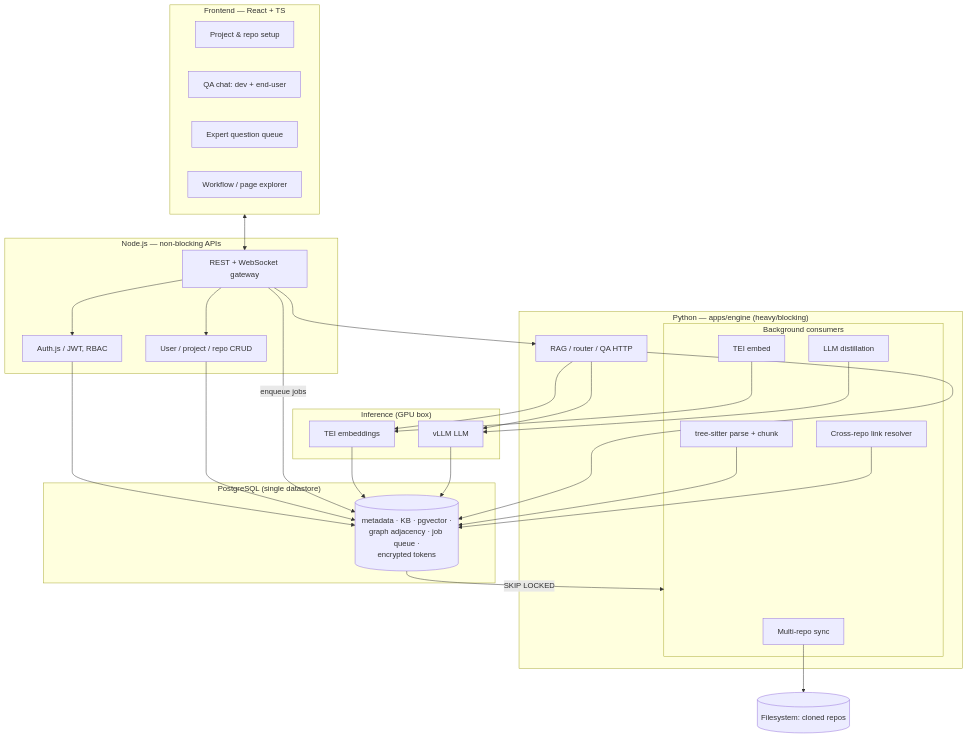
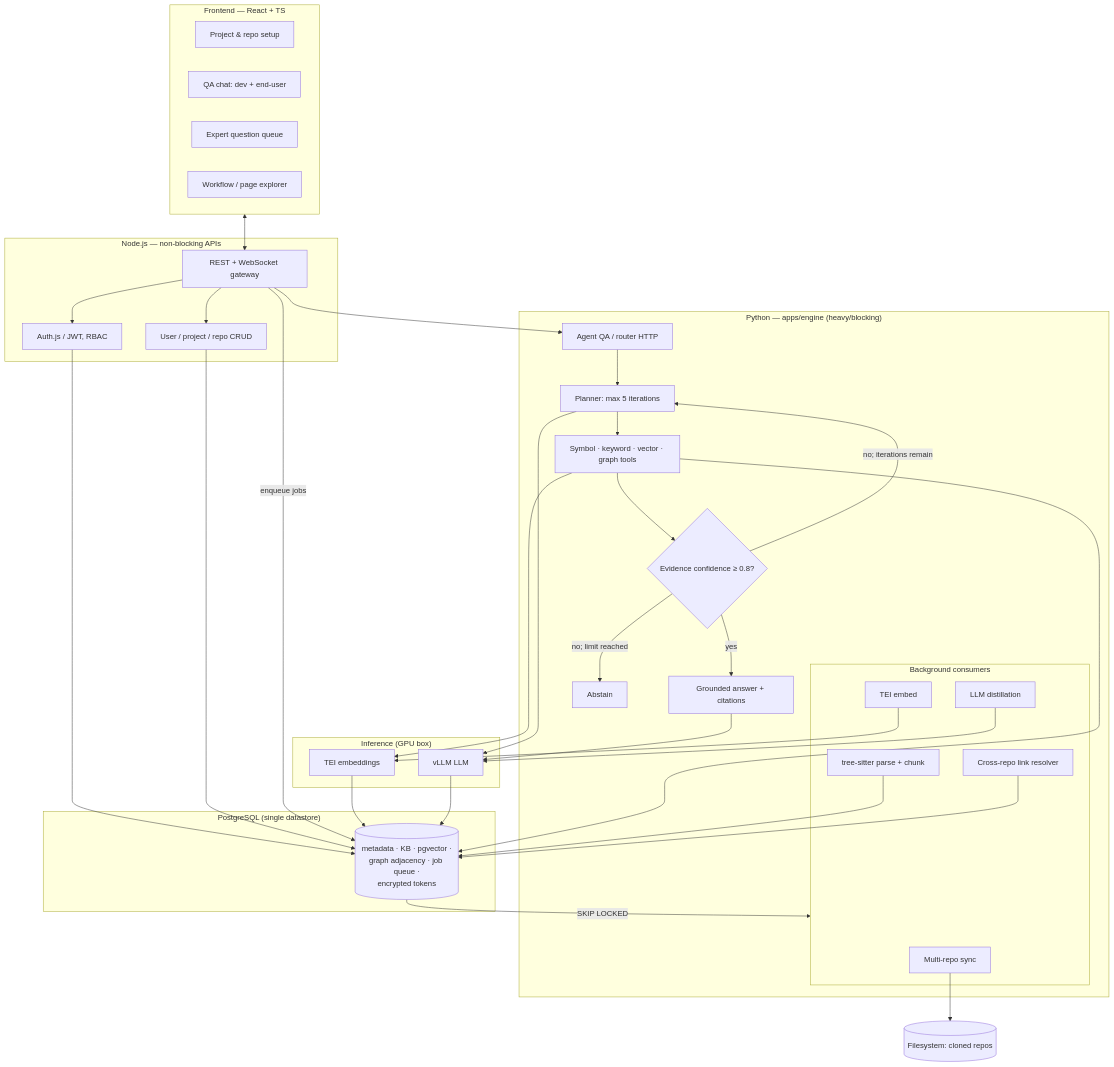
One commit to ashokduraik/CodeSage changed the diagram in README.md. Above: the diagram before and after it, drawn with Mermaid. The commit also changed other lines of this file and 16 other files, not shown here.

Commit message:
Add LLM tool calling for the agent planner with a startup health probe.

````diff
--- a/README.md
+++ b/README.md
@@ -48,51 +56,61 @@
 ```mermaid
 flowchart TB
     subgraph FE["Frontend — React + TS"]
         P1[Project & repo setup]
         P2[QA chat: dev + end-user]
         P3[Expert question queue]
         P4[Workflow / page explorer]
     end
 
     subgraph NODE["Node.js — non-blocking APIs"]
         GW[REST + WebSocket gateway]
         AUTH[Auth.js / JWT, RBAC]
         CRUD[User / project / repo CRUD]
     end
 
     subgraph PY["Python — apps/engine (heavy/blocking)"]
-        RAGSVC[RAG / router / QA HTTP]
+        RAGSVC[Agent QA / router HTTP]
+        PLAN[Planner: max 5 iterations]
+        TOOLS[Symbol · keyword · vector · graph tools]
+        CONF{Evidence confidence ≥ 0.8?}
+        ANSWER[Grounded answer + citations]
+        ABSTAIN[Abstain]
         subgraph WORK["Background consumers"]
             SYNC[Multi-repo sync]
             PARSE[tree-sitter parse + chunk]
             EMBED[TEI embed]
             XREPO[Cross-repo link resolver]
             DISTILL[LLM distillation]
         end
     end
 
     subgraph DATA["PostgreSQL (single datastore)"]
         PG[(metadata · KB · pgvector ·\ngraph adjacency · job queue ·\nencrypted tokens)]
     end
     FS[(Filesystem: cloned repos)]
 
     subgraph AI["Inference (GPU box)"]
         TEI[TEI embeddings]
         VLLM[vLLM LLM]
     end
 
     FE <--> GW
     GW --> AUTH --> PG
     GW --> CRUD --> PG
-    GW --> RAGSVC
+    GW --> RAGSVC --> PLAN
+    PLAN --> TOOLS --> CONF
+    CONF -->|no; iterations remain| PLAN
+    CONF -->|yes| ANSWER
+    CONF -->|no; limit reached| ABSTAIN
     GW -->|enqueue jobs| PG
     PG -->|SKIP LOCKED| WORK
     SYNC --> FS
     PARSE --> PG
     EMBED --> TEI --> PG
     XREPO --> PG
     DISTILL --> VLLM --> PG
-    RAGSVC --> PG
-    RAGSVC --> VLLM
-    RAGSVC --> TEI
+    TOOLS --> PG
+    PLAN --> VLLM
+    ANSWER --> VLLM
+    TOOLS --> TEI
 ```
````
